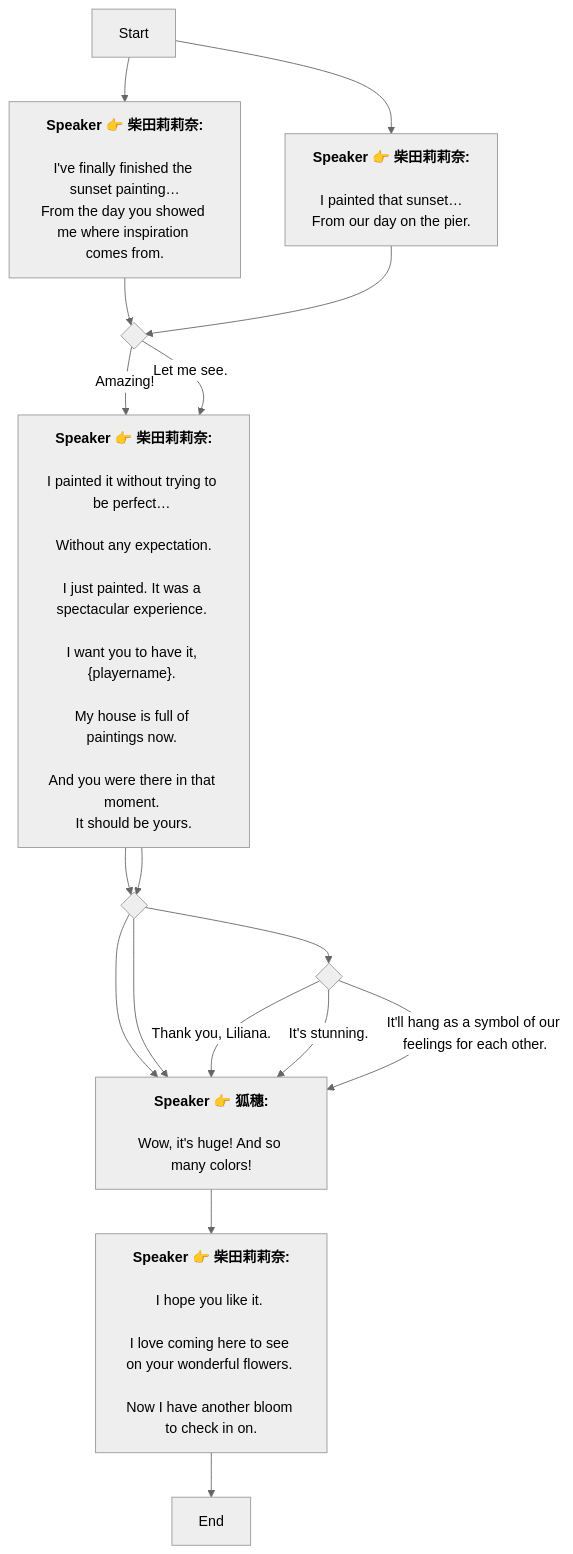
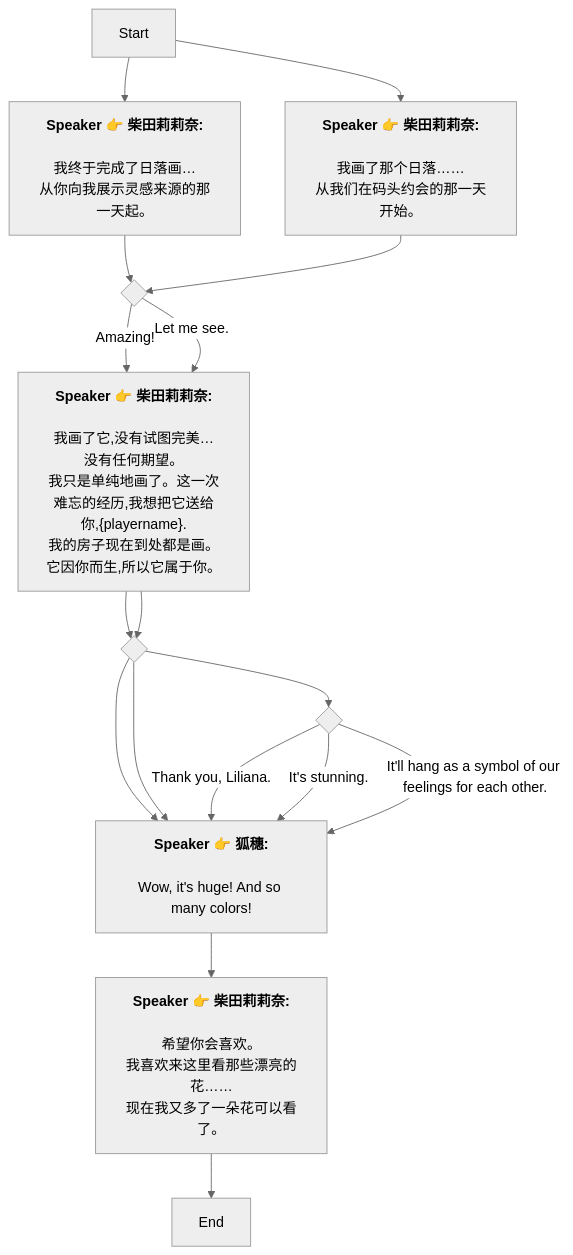
One commit to SoftHu/tos_avg changed the diagram in Zh/Dialog_55283482638693.md. Above: the diagram before and after it, drawn with Mermaid (neutral theme). The commit also changed 312 other files, not shown here.

````diff
--- a/Zh/Dialog_55283482638693.md
+++ b/Zh/Dialog_55283482638693.md
@@ -1,75 +1,52 @@
 ```mermaid
 graph
 Start -->1769071760548902[<b>Speaker 👉 柴田莉莉奈:</b>
 
-I've finally finished the sunset painting…
-From the day you showed me where inspiration comes from.]
+我终于完成了日落画…
+从你向我展示灵感来源的那一天起。]
 Start -->1769071861997608[<b>Speaker 👉 柴田莉莉奈:</b>
 
-I painted that sunset…
-From our day on the pier.]
+我画了那个日落……
+从我们在码头约会的那一天开始。]
 1769071760548902 -->1769071920203817{ }
 1769071920203817 -->|Amazing! |1769071941941294[<b>Speaker 👉 柴田莉莉奈:</b>
 
-I painted it without trying to be perfect… 
-
-Without any expectation.
-
-I just painted. It was a spectacular experience. 
-
-I want you to have it, &lbrace;playername&rbrace;. 
-
-My house is full of paintings now. 
-
-And you were there in that moment. 
-It should be yours. 
-]
+我画了它,没有试图完美…
+没有任何期望。
+我只是单纯地画了。这一次难忘的经历,我想把它送给你,&lbrace;playername&rbrace;.
+我的房子现在到处都是画。
+它因你而生,所以它属于你。]
 1769071920203817 -->|Let me see.  |1769071941941294[<b>Speaker 👉 柴田莉莉奈:</b>
 
-I painted it without trying to be perfect… 
-
-Without any expectation.
-
-I just painted. It was a spectacular experience. 
-
-I want you to have it, &lbrace;playername&rbrace;. 
-
-My house is full of paintings now. 
-
-And you were there in that moment. 
-It should be yours. 
-]
+我画了它,没有试图完美…
+没有任何期望。
+我只是单纯地画了。这一次难忘的经历,我想把它送给你,&lbrace;playername&rbrace;.
+我的房子现在到处都是画。
+它因你而生,所以它属于你。]
 1769071941941294 -->1769072035351605{ }
 1769071941941294 -->1769072035351605{ }
 1769072035351605 -->1769072045749306{ }
 1769072035351605 -->1769072068644925[<b>Speaker 👉 狐穗:</b>
 
-Wow, it's huge! And so many colors!
-]
+Wow, it's huge! And so many colors!]
 1769072035351605 -->1769072068644925[<b>Speaker 👉 狐穗:</b>
 
-Wow, it's huge! And so many colors!
-]
+Wow, it's huge! And so many colors!]
 1769072068644925 -->1769072096710718[<b>Speaker 👉 柴田莉莉奈:</b>
 
-I hope you like it. 
-
-I love coming here to see on your wonderful flowers. 
-
-Now I have another bloom to check in on.]
+希望你会喜欢。
+我喜欢来这里看那些漂亮的花……
+现在我又多了一朵花可以看了。]
 1769072096710718 -->1769072246800447[End]
 1769072045749306 -->|Thank you, Liliana.|1769072068644925[<b>Speaker 👉 狐穗:</b>
 
-Wow, it's huge! And so many colors!
-]
+Wow, it's huge! And so many colors!]
 1769072045749306 -->|It's stunning.|1769072068644925[<b>Speaker 👉 狐穗:</b>
 
-Wow, it's huge! And so many colors!
-]
+Wow, it's huge! And so many colors!]
 1769072045749306 -->|It'll hang as a symbol of our feelings for each other.|1769072068644925[<b>Speaker 👉 狐穗:</b>
 
-Wow, it's huge! And so many colors!
-]
+Wow, it's huge! And so many colors!]
 1769071861997608 -->1769071920203817{ }
 
  ```
````
